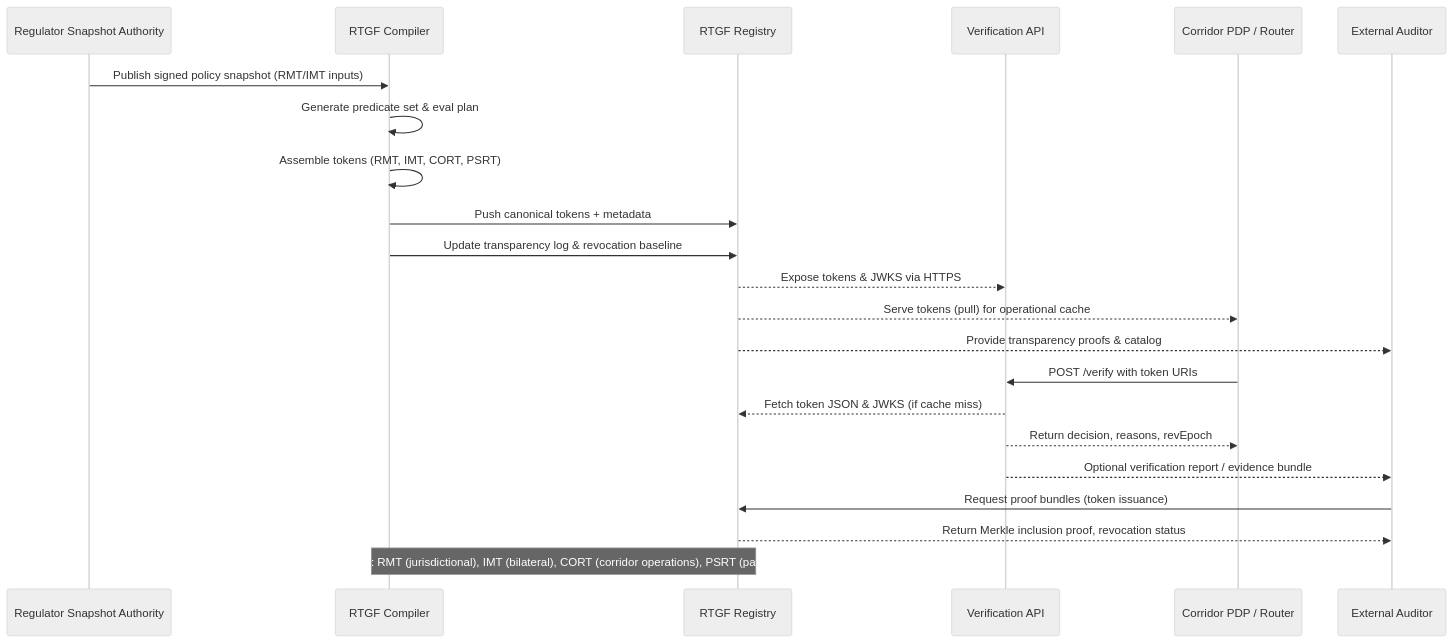
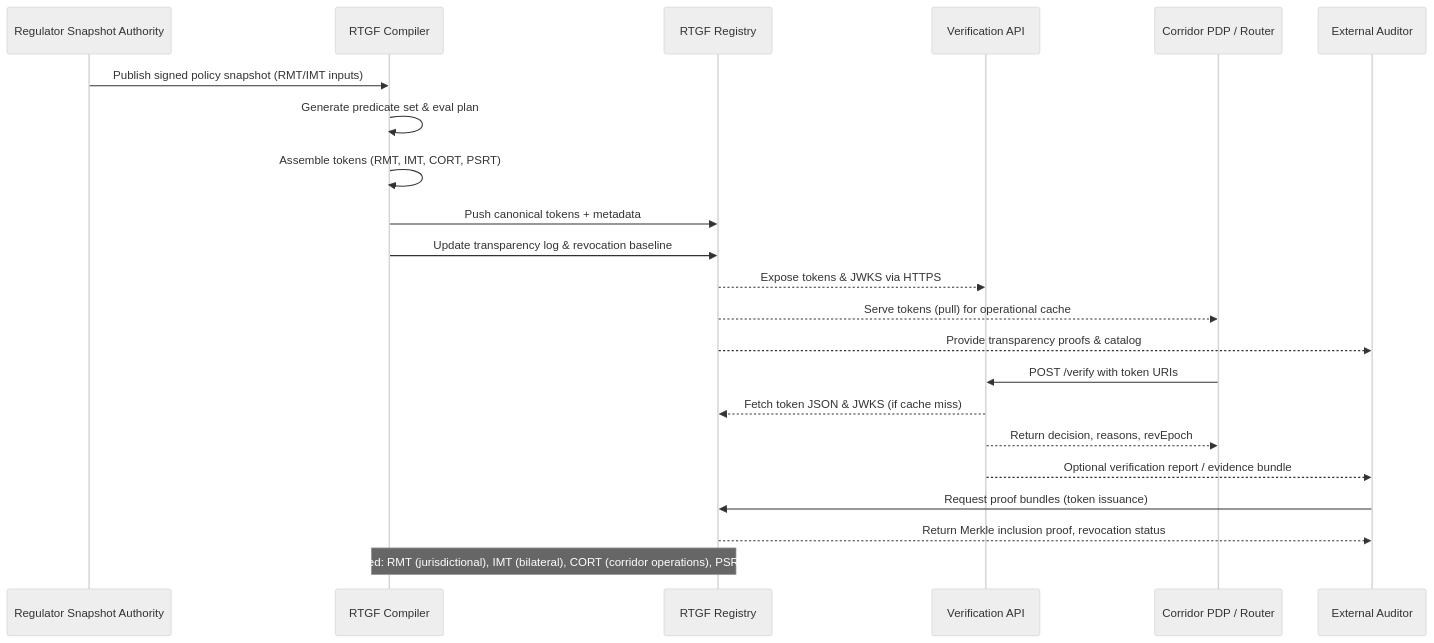
The diagram in docs/architecture/diagrams/token-flow.mmd (kevin-biot/rtgf), drawn with Mermaid (neutral theme) before and after one commit. The commit also changed 2 other files, not shown here.

Commit message:
Clean Mermaid diagram sources for GitHub rendering

````diff
--- a/docs/architecture/diagrams/token-flow.mmd
+++ b/docs/architecture/diagrams/token-flow.mmd
@@ -1,29 +1,27 @@
-```mermaid
 sequenceDiagram
     participant Regulator as Regulator Snapshot Authority
     participant Compiler as RTGF Compiler
     participant Registry as RTGF Registry
     participant Verifier as Verification API
     participant PDP as Corridor PDP / Router
     participant Auditor as External Auditor
 
     Regulator->>Compiler: Publish signed policy snapshot (RMT/IMT inputs)
     Compiler->>Compiler: Generate predicate set & eval plan
     Compiler->>Compiler: Assemble tokens (RMT, IMT, CORT, PSRT)
     Compiler->>Registry: Push canonical tokens + metadata
     Compiler->>Registry: Update transparency log & revocation baseline
 
     Registry-->>Verifier: Expose tokens & JWKS via HTTPS
     Registry-->>PDP: Serve tokens (pull) for operational cache
     Registry-->>Auditor: Provide transparency proofs & catalog
 
     PDP->>Verifier: POST /verify with token URIs
     Verifier-->>Registry: Fetch token JSON & JWKS (if cache miss)
     Verifier-->>PDP: Return decision, reasons, revEpoch
     Verifier-->>Auditor: Optional verification report / evidence bundle
 
     Auditor->>Registry: Request proof bundles (token issuance)
     Registry-->>Auditor: Return Merkle inclusion proof, revocation status
 
-    note over Compiler,Registry: Token types produced: RMT (jurisdictional), IMT (bilateral), CORT (corridor operations), PSRT (payment service routes).
-```
+    note over Compiler,Registry: Token types produced: RMT (jurisdictional), IMT (bilateral), CORT (corridor operations), PSRT (payment routes).
````
